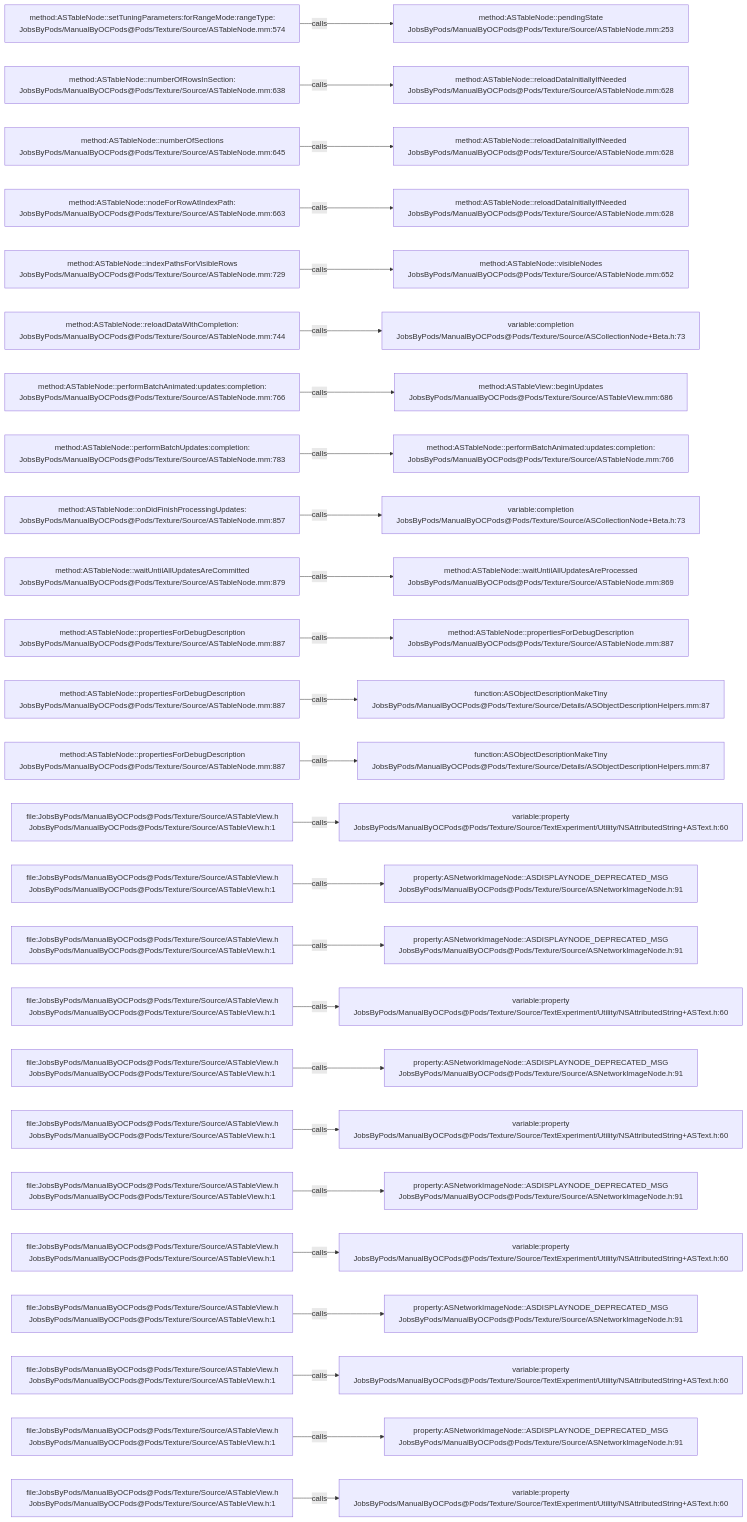
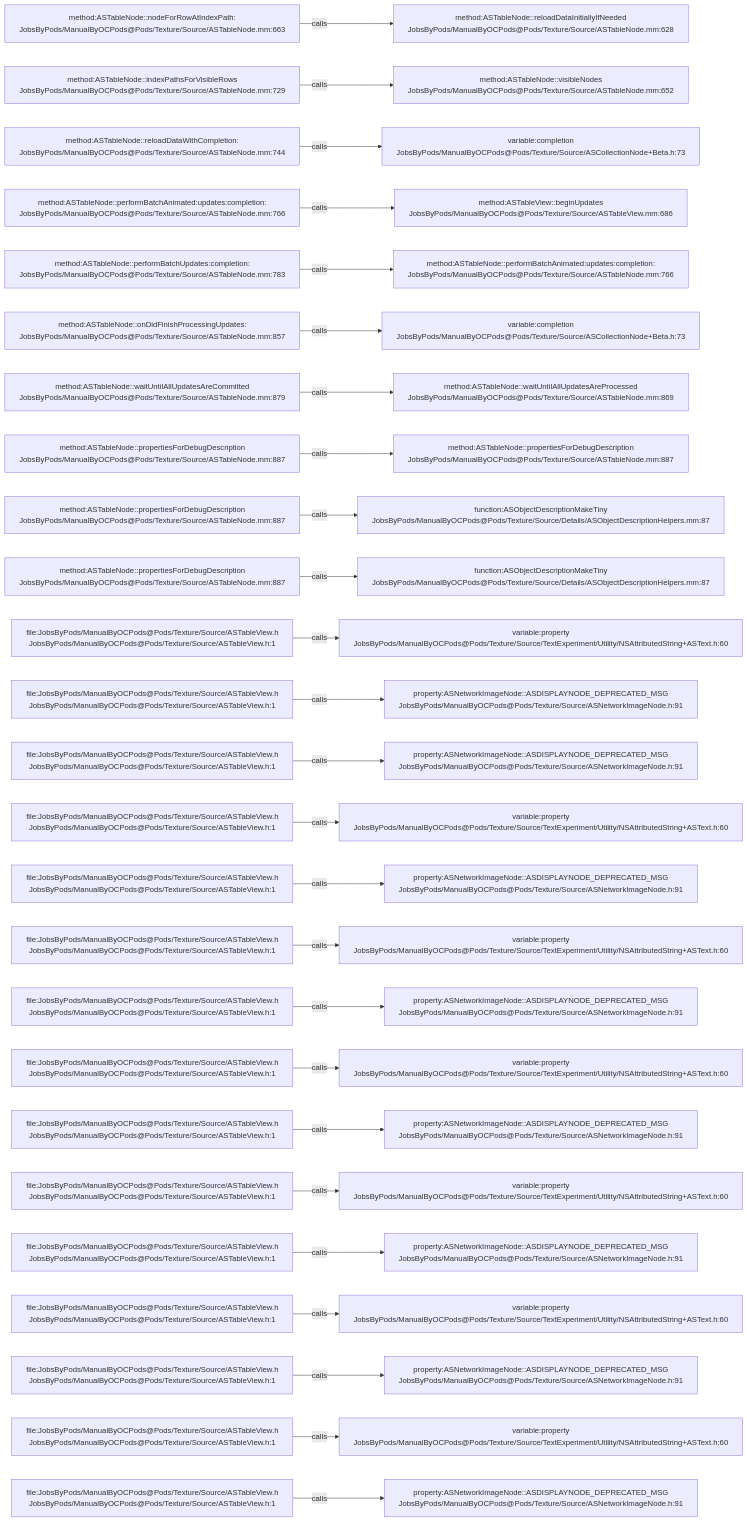
The diagram in .codegraph/codegraph.md/graphs/calls-126.md (JobsKits/JobsOCBaseConfigDemo), drawn with Mermaid before and after one commit. The commit also changed 342 other files, not shown here.

````diff
--- a/.codegraph/codegraph.md/graphs/calls-126.md
+++ b/.codegraph/codegraph.md/graphs/calls-126.md
@@ -13,78 +13,78 @@
 ```mermaid
 flowchart LR
-  S1["method:ASTableNode::setTuningParameters:forRangeMode:rangeType:<br/>JobsByPods/ManualByOCPods@Pods/Texture/Source/ASTableNode.mm:574"]
-  T1["method:ASTableNode::pendingState<br/>JobsByPods/ManualByOCPods@Pods/Texture/Source/ASTableNode.mm:253"]
+  S1["method:ASTableNode::nodeForRowAtIndexPath:<br/>JobsByPods/ManualByOCPods@Pods/Texture/Source/ASTableNode.mm:663"]
+  T1["method:ASTableNode::reloadDataInitiallyIfNeeded<br/>JobsByPods/ManualByOCPods@Pods/Texture/Source/ASTableNode.mm:628"]
   S1 -->|calls| T1
-  S2["method:ASTableNode::numberOfRowsInSection:<br/>JobsByPods/ManualByOCPods@Pods/Texture/Source/ASTableNode.mm:638"]
-  T2["method:ASTableNode::reloadDataInitiallyIfNeeded<br/>JobsByPods/ManualByOCPods@Pods/Texture/Source/ASTableNode.mm:628"]
+  S2["method:ASTableNode::indexPathsForVisibleRows<br/>JobsByPods/ManualByOCPods@Pods/Texture/Source/ASTableNode.mm:729"]
+  T2["method:ASTableNode::visibleNodes<br/>JobsByPods/ManualByOCPods@Pods/Texture/Source/ASTableNode.mm:652"]
   S2 -->|calls| T2
-  S3["method:ASTableNode::numberOfSections<br/>JobsByPods/ManualByOCPods@Pods/Texture/Source/ASTableNode.mm:645"]
-  T3["method:ASTableNode::reloadDataInitiallyIfNeeded<br/>JobsByPods/ManualByOCPods@Pods/Texture/Source/ASTableNode.mm:628"]
+  S3["method:ASTableNode::reloadDataWithCompletion:<br/>JobsByPods/ManualByOCPods@Pods/Texture/Source/ASTableNode.mm:744"]
+  T3["variable:completion<br/>JobsByPods/ManualByOCPods@Pods/Texture/Source/ASCollectionNode+Beta.h:73"]
   S3 -->|calls| T3
-  S4["method:ASTableNode::nodeForRowAtIndexPath:<br/>JobsByPods/ManualByOCPods@Pods/Texture/Source/ASTableNode.mm:663"]
-  T4["method:ASTableNode::reloadDataInitiallyIfNeeded<br/>JobsByPods/ManualByOCPods@Pods/Texture/Source/ASTableNode.mm:628"]
+  S4["method:ASTableNode::performBatchAnimated:updates:completion:<br/>JobsByPods/ManualByOCPods@Pods/Texture/Source/ASTableNode.mm:766"]
+  T4["method:ASTableView::beginUpdates<br/>JobsByPods/ManualByOCPods@Pods/Texture/Source/ASTableView.mm:686"]
   S4 -->|calls| T4
-  S5["method:ASTableNode::indexPathsForVisibleRows<br/>JobsByPods/ManualByOCPods@Pods/Texture/Source/ASTableNode.mm:729"]
-  T5["method:ASTableNode::visibleNodes<br/>JobsByPods/ManualByOCPods@Pods/Texture/Source/ASTableNode.mm:652"]
+  S5["method:ASTableNode::performBatchUpdates:completion:<br/>JobsByPods/ManualByOCPods@Pods/Texture/Source/ASTableNode.mm:783"]
+  T5["method:ASTableNode::performBatchAnimated:updates:completion:<br/>JobsByPods/ManualByOCPods@Pods/Texture/Source/ASTableNode.mm:766"]
   S5 -->|calls| T5
-  S6["method:ASTableNode::reloadDataWithCompletion:<br/>JobsByPods/ManualByOCPods@Pods/Texture/Source/ASTableNode.mm:744"]
+  S6["method:ASTableNode::onDidFinishProcessingUpdates:<br/>JobsByPods/ManualByOCPods@Pods/Texture/Source/ASTableNode.mm:857"]
   T6["variable:completion<br/>JobsByPods/ManualByOCPods@Pods/Texture/Source/ASCollectionNode+Beta.h:73"]
   S6 -->|calls| T6
-  S7["method:ASTableNode::performBatchAnimated:updates:completion:<br/>JobsByPods/ManualByOCPods@Pods/Texture/Source/ASTableNode.mm:766"]
-  T7["method:ASTableView::beginUpdates<br/>JobsByPods/ManualByOCPods@Pods/Texture/Source/ASTableView.mm:686"]
+  S7["method:ASTableNode::waitUntilAllUpdatesAreCommitted<br/>JobsByPods/ManualByOCPods@Pods/Texture/Source/ASTableNode.mm:879"]
+  T7["method:ASTableNode::waitUntilAllUpdatesAreProcessed<br/>JobsByPods/ManualByOCPods@Pods/Texture/Source/ASTableNode.mm:869"]
   S7 -->|calls| T7
-  S8["method:ASTableNode::performBatchUpdates:completion:<br/>JobsByPods/ManualByOCPods@Pods/Texture/Source/ASTableNode.mm:783"]
-  T8["method:ASTableNode::performBatchAnimated:updates:completion:<br/>JobsByPods/ManualByOCPods@Pods/Texture/Source/ASTableNode.mm:766"]
+  S8["method:ASTableNode::propertiesForDebugDescription<br/>JobsByPods/ManualByOCPods@Pods/Texture/Source/ASTableNode.mm:887"]
+  T8["method:ASTableNode::propertiesForDebugDescription<br/>JobsByPods/ManualByOCPods@Pods/Texture/Source/ASTableNode.mm:887"]
   S8 -->|calls| T8
-  S9["method:ASTableNode::onDidFinishProcessingUpdates:<br/>JobsByPods/ManualByOCPods@Pods/Texture/Source/ASTableNode.mm:857"]
-  T9["variable:completion<br/>JobsByPods/ManualByOCPods@Pods/Texture/Source/ASCollectionNode+Beta.h:73"]
+  S9["method:ASTableNode::propertiesForDebugDescription<br/>JobsByPods/ManualByOCPods@Pods/Texture/Source/ASTableNode.mm:887"]
+  T9["function:ASObjectDescriptionMakeTiny<br/>JobsByPods/ManualByOCPods@Pods/Texture/Source/Details/ASObjectDescriptionHelpers.mm:87"]
   S9 -->|calls| T9
-  S10["method:ASTableNode::waitUntilAllUpdatesAreCommitted<br/>JobsByPods/ManualByOCPods@Pods/Texture/Source/ASTableNode.mm:879"]
-  T10["method:ASTableNode::waitUntilAllUpdatesAreProcessed<br/>JobsByPods/ManualByOCPods@Pods/Texture/Source/ASTableNode.mm:869"]
+  S10["method:ASTableNode::propertiesForDebugDescription<br/>JobsByPods/ManualByOCPods@Pods/Texture/Source/ASTableNode.mm:887"]
+  T10["function:ASObjectDescriptionMakeTiny<br/>JobsByPods/ManualByOCPods@Pods/Texture/Source/Details/ASObjectDescriptionHelpers.mm:87"]
   S10 -->|calls| T10
-  S11["method:ASTableNode::propertiesForDebugDescription<br/>JobsByPods/ManualByOCPods@Pods/Texture/Source/ASTableNode.mm:887"]
-  T11["method:ASTableNode::propertiesForDebugDescription<br/>JobsByPods/ManualByOCPods@Pods/Texture/Source/ASTableNode.mm:887"]
+  S11["file:JobsByPods/ManualByOCPods@Pods/Texture/Source/ASTableView.h<br/>JobsByPods/ManualByOCPods@Pods/Texture/Source/ASTableView.h:1"]
+  T11["variable:property<br/>JobsByPods/ManualByOCPods@Pods/Texture/Source/TextExperiment/Utility/NSAttributedString+ASText.h:60"]
   S11 -->|calls| T11
-  S12["method:ASTableNode::propertiesForDebugDescription<br/>JobsByPods/ManualByOCPods@Pods/Texture/Source/ASTableNode.mm:887"]
-  T12["function:ASObjectDescriptionMakeTiny<br/>JobsByPods/ManualByOCPods@Pods/Texture/Source/Details/ASObjectDescriptionHelpers.mm:87"]
+  S12["file:JobsByPods/ManualByOCPods@Pods/Texture/Source/ASTableView.h<br/>JobsByPods/ManualByOCPods@Pods/Texture/Source/ASTableView.h:1"]
+  T12["property:ASNetworkImageNode::ASDISPLAYNODE_DEPRECATED_MSG<br/>JobsByPods/ManualByOCPods@Pods/Texture/Source/ASNetworkImageNode.h:91"]
   S12 -->|calls| T12
-  S13["method:ASTableNode::propertiesForDebugDescription<br/>JobsByPods/ManualByOCPods@Pods/Texture/Source/ASTableNode.mm:887"]
-  T13["function:ASObjectDescriptionMakeTiny<br/>JobsByPods/ManualByOCPods@Pods/Texture/Source/Details/ASObjectDescriptionHelpers.mm:87"]
+  S13["file:JobsByPods/ManualByOCPods@Pods/Texture/Source/ASTableView.h<br/>JobsByPods/ManualByOCPods@Pods/Texture/Source/ASTableView.h:1"]
+  T13["property:ASNetworkImageNode::ASDISPLAYNODE_DEPRECATED_MSG<br/>JobsByPods/ManualByOCPods@Pods/Texture/Source/ASNetworkImageNode.h:91"]
   S13 -->|calls| T13
   S14["file:JobsByPods/ManualByOCPods@Pods/Texture/Source/ASTableView.h<br/>JobsByPods/ManualByOCPods@Pods/Texture/Source/ASTableView.h:1"]
   T14["variable:property<br/>JobsByPods/ManualByOCPods@Pods/Texture/Source/TextExperiment/Utility/NSAttributedString+ASText.h:60"]
   S14 -->|calls| T14
   S15["file:JobsByPods/ManualByOCPods@Pods/Texture/Source/ASTableView.h<br/>JobsByPods/ManualByOCPods@Pods/Texture/Source/ASTableView.h:1"]
   T15["property:ASNetworkImageNode::ASDISPLAYNODE_DEPRECATED_MSG<br/>JobsByPods/ManualByOCPods@Pods/Texture/Source/ASNetworkImageNode.h:91"]
   S15 -->|calls| T15
   S16["file:JobsByPods/ManualByOCPods@Pods/Texture/Source/ASTableView.h<br/>JobsByPods/ManualByOCPods@Pods/Texture/Source/ASTableView.h:1"]
-  T16["property:ASNetworkImageNode::ASDISPLAYNODE_DEPRECATED_MSG<br/>JobsByPods/ManualByOCPods@Pods/Texture/Source/ASNetworkImageNode.h:91"]
+  T16["variable:property<br/>JobsByPods/ManualByOCPods@Pods/Texture/Source/TextExperiment/Utility/NSAttributedString+ASText.h:60"]
   S16 -->|calls| T16
   S17["file:JobsByPods/ManualByOCPods@Pods/Texture/Source/ASTableView.h<br/>JobsByPods/ManualByOCPods@Pods/Texture/Source/ASTableView.h:1"]
-  T17["variable:property<br/>JobsByPods/ManualByOCPods@Pods/Texture/Source/TextExperiment/Utility/NSAttributedString+ASText.h:60"]
+  T17["property:ASNetworkImageNode::ASDISPLAYNODE_DEPRECATED_MSG<br/>JobsByPods/ManualByOCPods@Pods/Texture/Source/ASNetworkImageNode.h:91"]
   S17 -->|calls| T17
   S18["file:JobsByPods/ManualByOCPods@Pods/Texture/Source/ASTableView.h<br/>JobsByPods/ManualByOCPods@Pods/Texture/Source/ASTableView.h:1"]
-  T18["property:ASNetworkImageNode::ASDISPLAYNODE_DEPRECATED_MSG<br/>JobsByPods/ManualByOCPods@Pods/Texture/Source/ASNetworkImageNode.h:91"]
+  T18["variable:property<br/>JobsByPods/ManualByOCPods@Pods/Texture/Source/TextExperiment/Utility/NSAttributedString+ASText.h:60"]
   S18 -->|calls| T18
   S19["file:JobsByPods/ManualByOCPods@Pods/Texture/Source/ASTableView.h<br/>JobsByPods/ManualByOCPods@Pods/Texture/Source/ASTableView.h:1"]
-  T19["variable:property<br/>JobsByPods/ManualByOCPods@Pods/Texture/Source/TextExperiment/Utility/NSAttributedString+ASText.h:60"]
+  T19["property:ASNetworkImageNode::ASDISPLAYNODE_DEPRECATED_MSG<br/>JobsByPods/ManualByOCPods@Pods/Texture/Source/ASNetworkImageNode.h:91"]
   S19 -->|calls| T19
   S20["file:JobsByPods/ManualByOCPods@Pods/Texture/Source/ASTableView.h<br/>JobsByPods/ManualByOCPods@Pods/Texture/Source/ASTableView.h:1"]
-  T20["property:ASNetworkImageNode::ASDISPLAYNODE_DEPRECATED_MSG<br/>JobsByPods/ManualByOCPods@Pods/Texture/Source/ASNetworkImageNode.h:91"]
+  T20["variable:property<br/>JobsByPods/ManualByOCPods@Pods/Texture/Source/TextExperiment/Utility/NSAttributedString+ASText.h:60"]
   S20 -->|calls| T20
   S21["file:JobsByPods/ManualByOCPods@Pods/Texture/Source/ASTableView.h<br/>JobsByPods/ManualByOCPods@Pods/Texture/Source/ASTableView.h:1"]
-  T21["variable:property<br/>JobsByPods/ManualByOCPods@Pods/Texture/Source/TextExperiment/Utility/NSAttributedString+ASText.h:60"]
+  T21["property:ASNetworkImageNode::ASDISPLAYNODE_DEPRECATED_MSG<br/>JobsByPods/ManualByOCPods@Pods/Texture/Source/ASNetworkImageNode.h:91"]
   S21 -->|calls| T21
   S22["file:JobsByPods/ManualByOCPods@Pods/Texture/Source/ASTableView.h<br/>JobsByPods/ManualByOCPods@Pods/Texture/Source/ASTableView.h:1"]
-  T22["property:ASNetworkImageNode::ASDISPLAYNODE_DEPRECATED_MSG<br/>JobsByPods/ManualByOCPods@Pods/Texture/Source/ASNetworkImageNode.h:91"]
+  T22["variable:property<br/>JobsByPods/ManualByOCPods@Pods/Texture/Source/TextExperiment/Utility/NSAttributedString+ASText.h:60"]
   S22 -->|calls| T22
   S23["file:JobsByPods/ManualByOCPods@Pods/Texture/Source/ASTableView.h<br/>JobsByPods/ManualByOCPods@Pods/Texture/Source/ASTableView.h:1"]
-  T23["variable:property<br/>JobsByPods/ManualByOCPods@Pods/Texture/Source/TextExperiment/Utility/NSAttributedString+ASText.h:60"]
+  T23["property:ASNetworkImageNode::ASDISPLAYNODE_DEPRECATED_MSG<br/>JobsByPods/ManualByOCPods@Pods/Texture/Source/ASNetworkImageNode.h:91"]
   S23 -->|calls| T23
   S24["file:JobsByPods/ManualByOCPods@Pods/Texture/Source/ASTableView.h<br/>JobsByPods/ManualByOCPods@Pods/Texture/Source/ASTableView.h:1"]
-  T24["property:ASNetworkImageNode::ASDISPLAYNODE_DEPRECATED_MSG<br/>JobsByPods/ManualByOCPods@Pods/Texture/Source/ASNetworkImageNode.h:91"]
+  T24["variable:property<br/>JobsByPods/ManualByOCPods@Pods/Texture/Source/TextExperiment/Utility/NSAttributedString+ASText.h:60"]
   S24 -->|calls| T24
   S25["file:JobsByPods/ManualByOCPods@Pods/Texture/Source/ASTableView.h<br/>JobsByPods/ManualByOCPods@Pods/Texture/Source/ASTableView.h:1"]
-  T25["variable:property<br/>JobsByPods/ManualByOCPods@Pods/Texture/Source/TextExperiment/Utility/NSAttributedString+ASText.h:60"]
+  T25["property:ASNetworkImageNode::ASDISPLAYNODE_DEPRECATED_MSG<br/>JobsByPods/ManualByOCPods@Pods/Texture/Source/ASNetworkImageNode.h:91"]
   S25 -->|calls| T25
 ```
````
